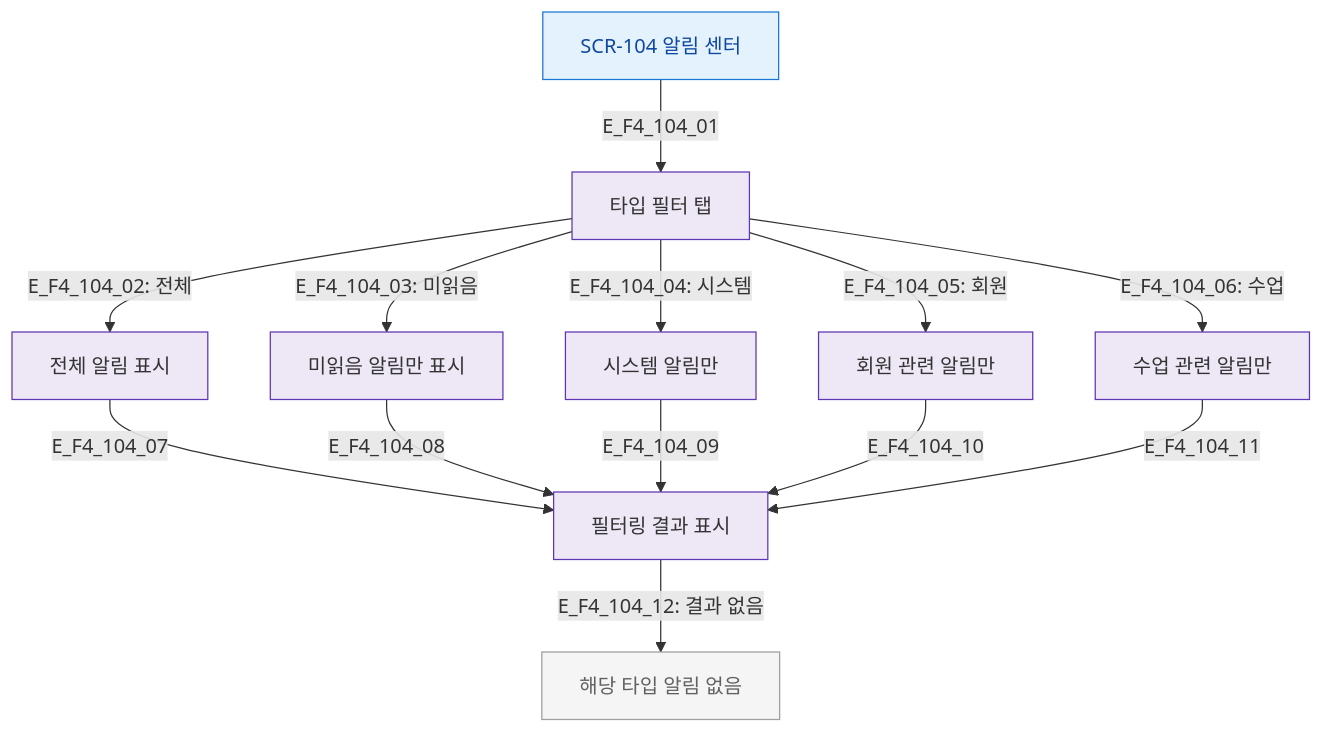
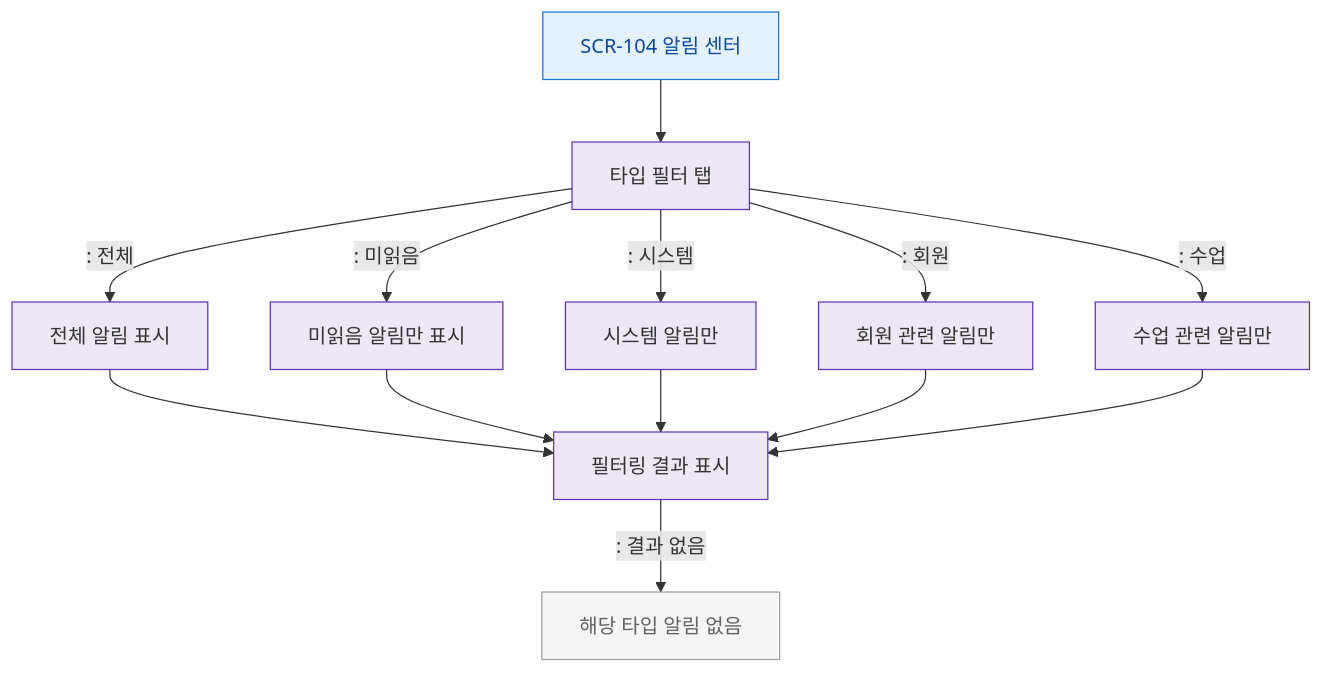
One commit to dev-spogym/admin-pando changed the diagram in docs/다이어그램/D01_공통/SCR-104_알림센터/F4_필터검색.md. Above: the diagram before and after it, drawn with Mermaid. The commit also changed other lines of this file and 1660 other files, not shown here.

First line of the commit message:
다이어그램: 기획자/클라이언트 납품본으로 정리

````diff
--- a/docs/다이어그램/D01_공통/SCR-104_알림센터/F4_필터검색.md
+++ b/docs/다이어그램/D01_공통/SCR-104_알림센터/F4_필터검색.md
@@ -19,25 +17,25 @@
 ```mermaid
 flowchart TD
-    SCR_104[SCR-104 알림 센터] -->|E_F4_104_01| FILTER_TAB[타입 필터 탭]
+    SCR_104[SCR-104 알림 센터] --> FILTER_TAB[타입 필터 탭]
 
-    FILTER_TAB -->|"E_F4_104_02: 전체"| SHOW_ALL[전체 알림 표시]
-    FILTER_TAB -->|"E_F4_104_03: 미읽음"| SHOW_UNREAD[미읽음 알림만 표시]
-    FILTER_TAB -->|"E_F4_104_04: 시스템"| SHOW_SYSTEM[시스템 알림만]
-    FILTER_TAB -->|"E_F4_104_05: 회원"| SHOW_MEMBER[회원 관련 알림만]
-    FILTER_TAB -->|"E_F4_104_06: 수업"| SHOW_CLASS[수업 관련 알림만]
+    FILTER_TAB -->|": 전체"|SHOW_ALL[전체 알림 표시]
+    FILTER_TAB -->|": 미읽음"|SHOW_UNREAD[미읽음 알림만 표시]
+    FILTER_TAB -->|": 시스템"|SHOW_SYSTEM[시스템 알림만]
+    FILTER_TAB -->|": 회원"|SHOW_MEMBER[회원 관련 알림만]
+    FILTER_TAB -->|": 수업"|SHOW_CLASS[수업 관련 알림만]
 
-    SHOW_ALL -->|E_F4_104_07| RESULT[필터링 결과 표시]
-    SHOW_UNREAD -->|E_F4_104_08| RESULT
-    SHOW_SYSTEM -->|E_F4_104_09| RESULT
-    SHOW_MEMBER -->|E_F4_104_10| RESULT
-    SHOW_CLASS -->|E_F4_104_11| RESULT
+    SHOW_ALL --> RESULT[필터링 결과 표시]
+    SHOW_UNREAD --> RESULT
+    SHOW_SYSTEM --> RESULT
+    SHOW_MEMBER --> RESULT
+    SHOW_CLASS --> RESULT
 
-    RESULT -->|"E_F4_104_12: 결과 없음"| EMPTY[해당 타입 알림 없음]
+    RESULT -->|": 결과 없음"|EMPTY[해당 타입 알림 없음]
 
-    classDef screen      fill:#E3F2FD,stroke:#1976D2,color:#0D47A1
-    classDef system      fill:#EDE7F6,stroke:#5E35B2
+    classDef screen fill:#E3F2FD,stroke:#1976D2,color:#0D47A1
+    classDef system fill:#EDE7F6,stroke:#5E35B2
     classDef rbacBlocked fill:#F5F5F5,stroke:#9E9E9E,color:#616161
     class SCR_104 screen
     class FILTER_TAB,SHOW_ALL,SHOW_UNREAD,SHOW_SYSTEM,SHOW_MEMBER,SHOW_CLASS,RESULT system
     class EMPTY rbacBlocked
 ```
````
